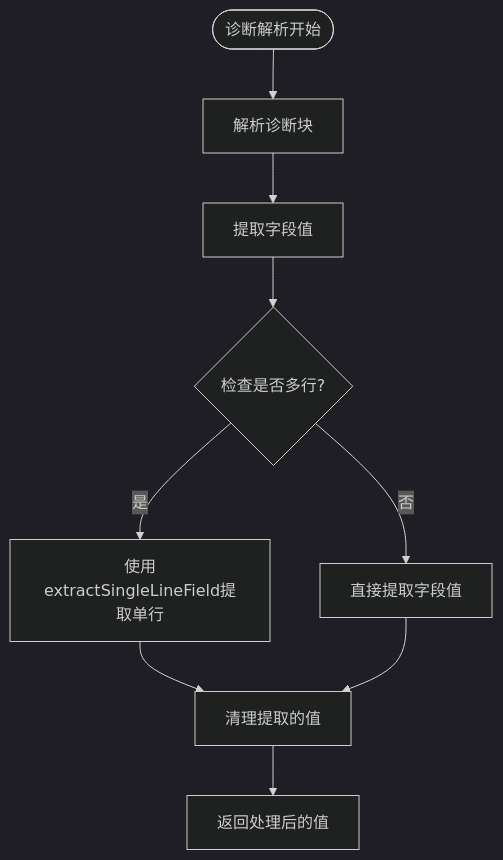
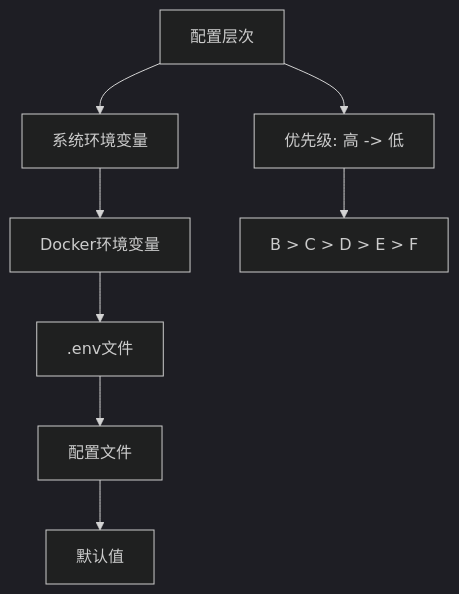
Before and after one commit to liuzh2008/med_ai_assistant_workspace: the tenth of 18 diagrams in .qoder/repowiki/zh/content/Update Summary/Update Summary.md, drawn with Mermaid (dark theme). The commit also changed other lines of this file and 3 other files, not shown here.

````diff
--- a/.qoder/repowiki/zh/content/Update Summary/Update Summary.md
+++ b/.qoder/repowiki/zh/content/Update Summary/Update Summary.md
@@ -589,11 +552,10 @@
 ```mermaid
-flowchart TD
-Start([诊断解析开始]) --> ParseBlock[解析诊断块]
-ParseBlock --> ExtractField[提取字段值]
-ExtractField --> CheckMultiLine{检查是否多行?}
-CheckMultiLine --> |是| SingleLine[使用extractSingleLineField提取单行]
-CheckMultiLine --> |否| DirectExtract[直接提取字段值]
-SingleLine --> CleanValue[清理提取的值]
-DirectExtract --> CleanValue
-CleanValue --> Return[返回处理后的值]
+graph TB
+A[配置层次] --> B[系统环境变量]
+B --> C[Docker环境变量]
+C --> D[.env文件]
+D --> E[配置文件]
+E --> F[默认值]
+A --> G[优先级: 高 -> 低]
+G --> H[B > C > D > E > F]
 ```
````
